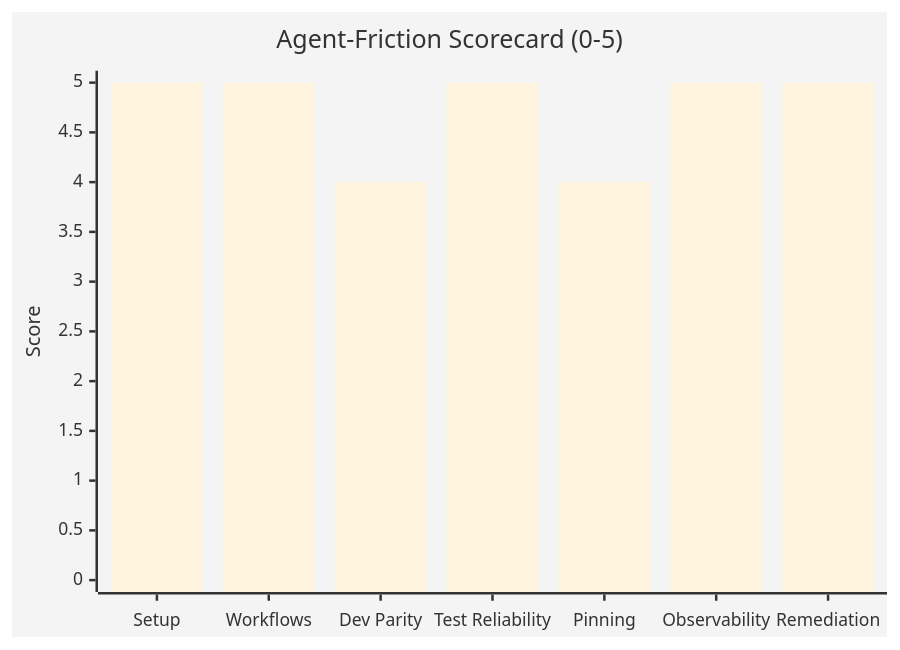
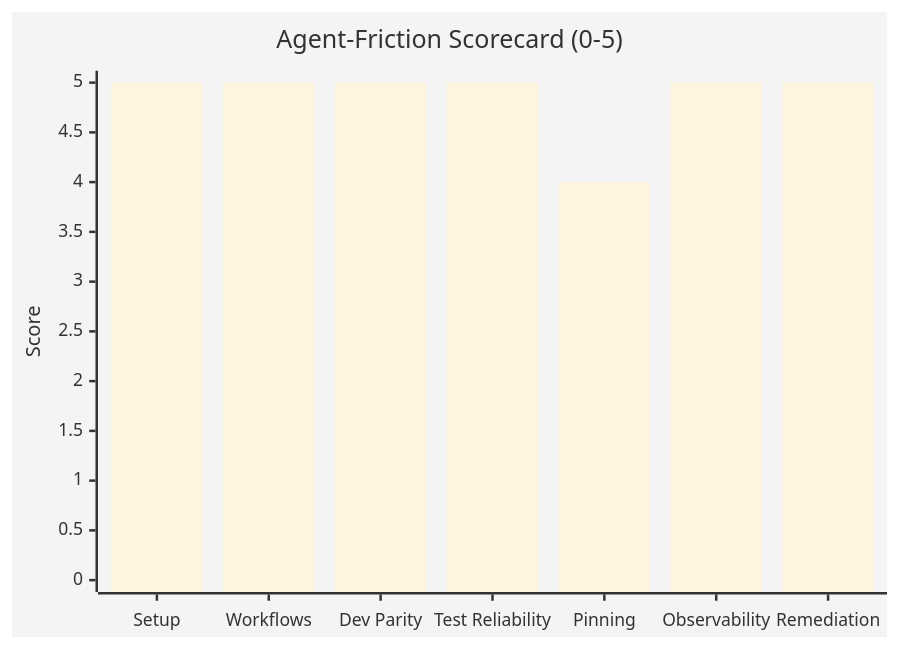
The third of 6 diagrams in docs/product-roadmap/README.md (jbejenar/ripple-next), drawn with Mermaid before and after one commit. The commit also changed other lines of this file and 32 other files, not shown here.

First line of the commit message:
feat: implement roadmap items RN-018, RN-019, RN-030, RN-031 + docs uplift

````diff
--- a/docs/product-roadmap/README.md
+++ b/docs/product-roadmap/README.md
@@ -458,8 +397,8 @@
 ```mermaid
 %%{init: {'theme': 'base', 'themeVariables': {'primaryColor': '#6366f1'}}}%%
 xychart-beta
     title "Agent-Friction Scorecard (0-5)"
     x-axis ["Setup", "Workflows", "Dev Parity", "Test Reliability", "Pinning", "Observability", "Remediation"]
     y-axis "Score" 0 --> 5
-    bar [5, 5, 4, 5, 4, 5, 5]
+    bar [5, 5, 5, 5, 4, 5, 5]
 ```
````
